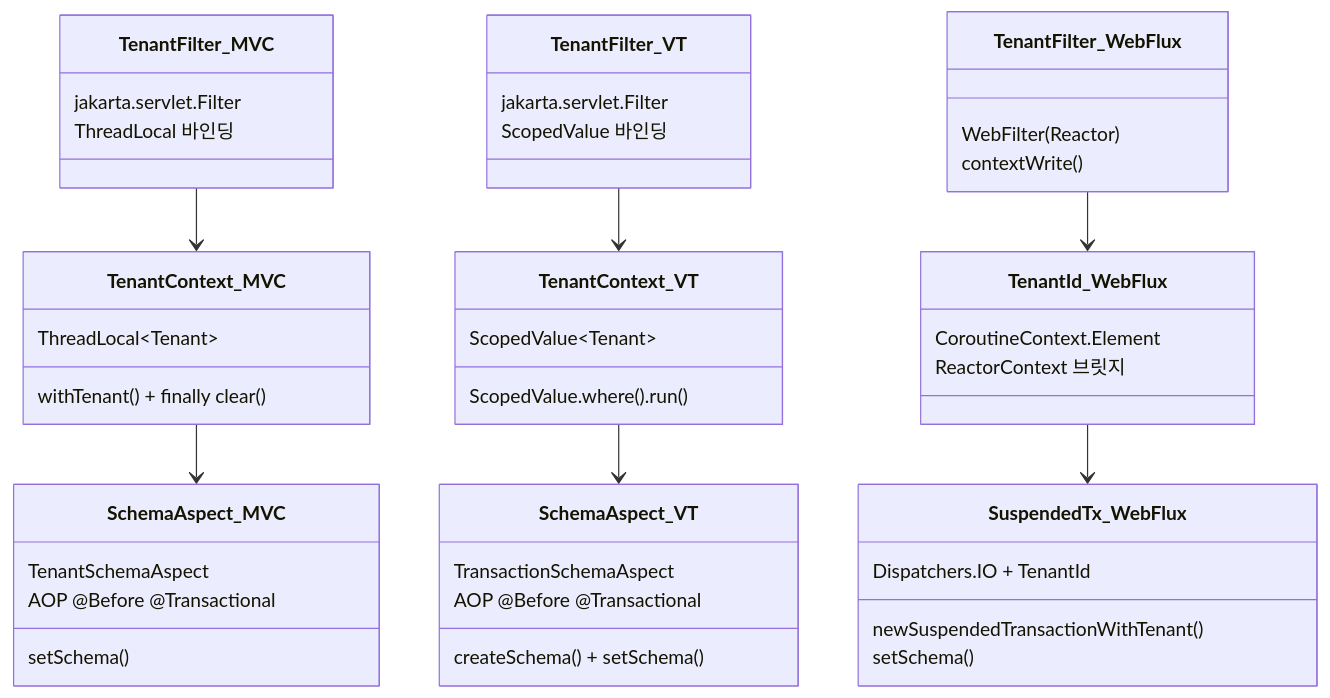
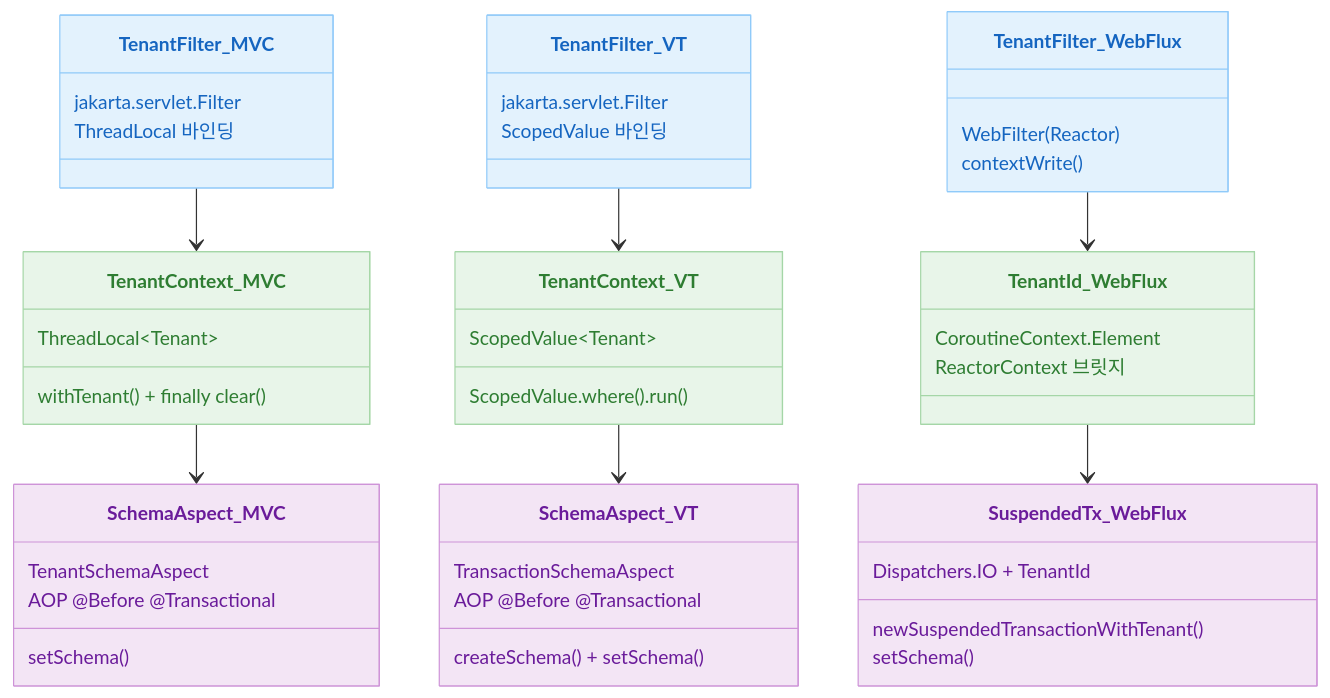
The second of 3 diagrams in 10-multi-tenant/README.md (bluetape4k/exposed-workshop), drawn with Mermaid before and after one commit. The commit also changed other lines of this file and 56 other files, not shown here.

First line of the commit message:
docs: 전체 README mermaid 다이어그램에 파스텔 톤 색상 적용

````diff
--- a/10-multi-tenant/README.md
+++ b/10-multi-tenant/README.md
@@ -61,52 +72,62 @@
 ```mermaid
 classDiagram
     class TenantFilter_MVC {
         jakarta.servlet.Filter
         ThreadLocal 바인딩
     }
     class TenantFilter_VT {
         jakarta.servlet.Filter
         ScopedValue 바인딩
     }
     class TenantFilter_WebFlux {
         WebFilter (Reactor)
         contextWrite()
     }
 
     class TenantContext_MVC {
         ThreadLocal~Tenant~
         withTenant() + finally clear()
     }
     class TenantContext_VT {
         ScopedValue~Tenant~
         ScopedValue.where().run()
     }
     class TenantId_WebFlux {
         CoroutineContext.Element
         ReactorContext 브릿지
     }
 
     class SchemaAspect_MVC {
         TenantSchemaAspect
         AOP @Before @Transactional
         setSchema()
     }
     class SchemaAspect_VT {
         TransactionSchemaAspect
         AOP @Before @Transactional
         createSchema() + setSchema()
     }
     class SuspendedTx_WebFlux {
         newSuspendedTransactionWithTenant()
         Dispatchers.IO + TenantId
         setSchema()
     }
 
     TenantFilter_MVC --> TenantContext_MVC
     TenantFilter_VT --> TenantContext_VT
     TenantFilter_WebFlux --> TenantId_WebFlux
 
     TenantContext_MVC --> SchemaAspect_MVC
     TenantContext_VT --> SchemaAspect_VT
     TenantId_WebFlux --> SuspendedTx_WebFlux
+
+    style TenantFilter_MVC fill:#E3F2FD,stroke:#90CAF9,color:#1565C0
+    style TenantFilter_VT fill:#E3F2FD,stroke:#90CAF9,color:#1565C0
+    style TenantFilter_WebFlux fill:#E3F2FD,stroke:#90CAF9,color:#1565C0
+    style TenantContext_MVC fill:#E8F5E9,stroke:#A5D6A7,color:#2E7D32
+    style TenantContext_VT fill:#E8F5E9,stroke:#A5D6A7,color:#2E7D32
+    style TenantId_WebFlux fill:#E8F5E9,stroke:#A5D6A7,color:#2E7D32
+    style SchemaAspect_MVC fill:#F3E5F5,stroke:#CE93D8,color:#6A1B9A
+    style SchemaAspect_VT fill:#F3E5F5,stroke:#CE93D8,color:#6A1B9A
+    style SuspendedTx_WebFlux fill:#F3E5F5,stroke:#CE93D8,color:#6A1B9A
 ```
````
